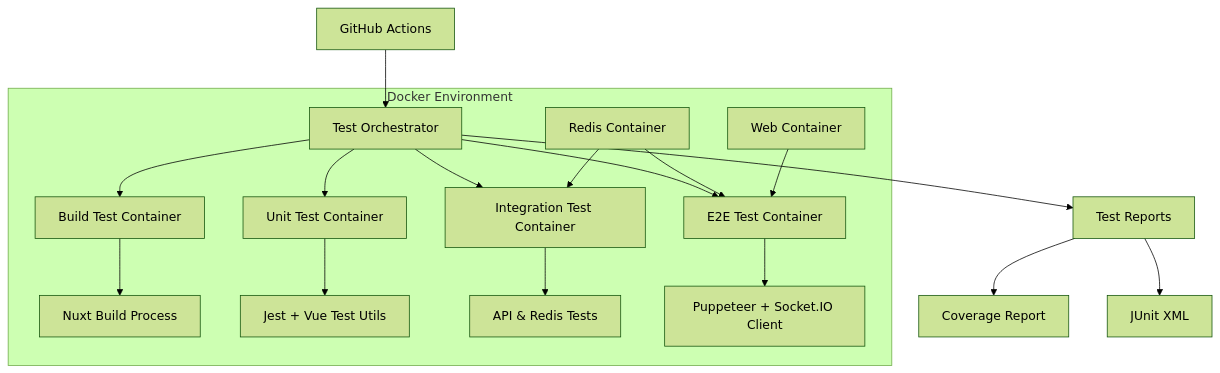
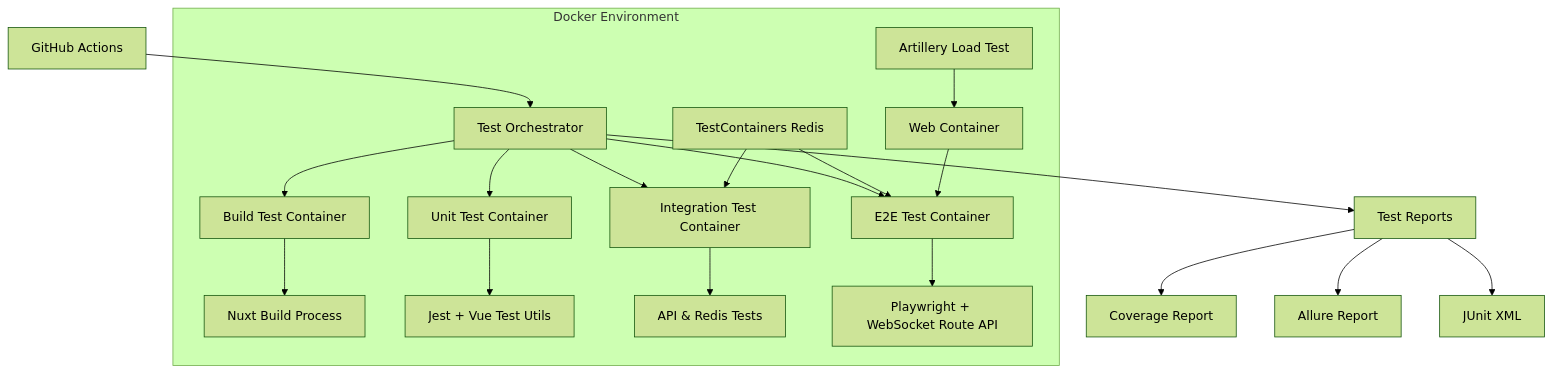
Before and after one commit to myokoym/shogiwebroom: the first of 4 diagrams in .kiro/specs/automated-testing-implementation/design.md, drawn with Mermaid (forest theme). The commit also changed other lines of this file and 3 other files, not shown here.

First line of the commit message:
refactor: Update test specification with 2025 WebSocket testing best practices

````diff
--- a/.kiro/specs/automated-testing-implementation/design.md
+++ b/.kiro/specs/automated-testing-implementation/design.md
@@ -35,23 +35,25 @@
 ```mermaid
 graph TB
     subgraph "Docker Environment"
         A[Test Orchestrator] --> B[Build Test Container]
         A --> C[Unit Test Container]
         A --> D[Integration Test Container]
         A --> E[E2E Test Container]
         
         B --> F[Nuxt Build Process]
         C --> G[Jest + Vue Test Utils]
         D --> H[API & Redis Tests]
-        E --> I[Puppeteer + Socket.IO Client]
+        E --> I[Playwright + WebSocket Route API]
         
-        J[Redis Container] --> D
+        J[TestContainers Redis] --> D
         J --> E
         K[Web Container] --> E
+        L[Artillery Load Test] --> K
     end
     
-    L[GitHub Actions] --> A
-    A --> M[Test Reports]
-    M --> N[Coverage Report]
-    M --> O[JUnit XML]
+    M[GitHub Actions] --> A
+    A --> N[Test Reports]
+    N --> O[Coverage Report]
+    N --> P[Allure Report]
+    N --> Q[JUnit XML]
 ```
````
